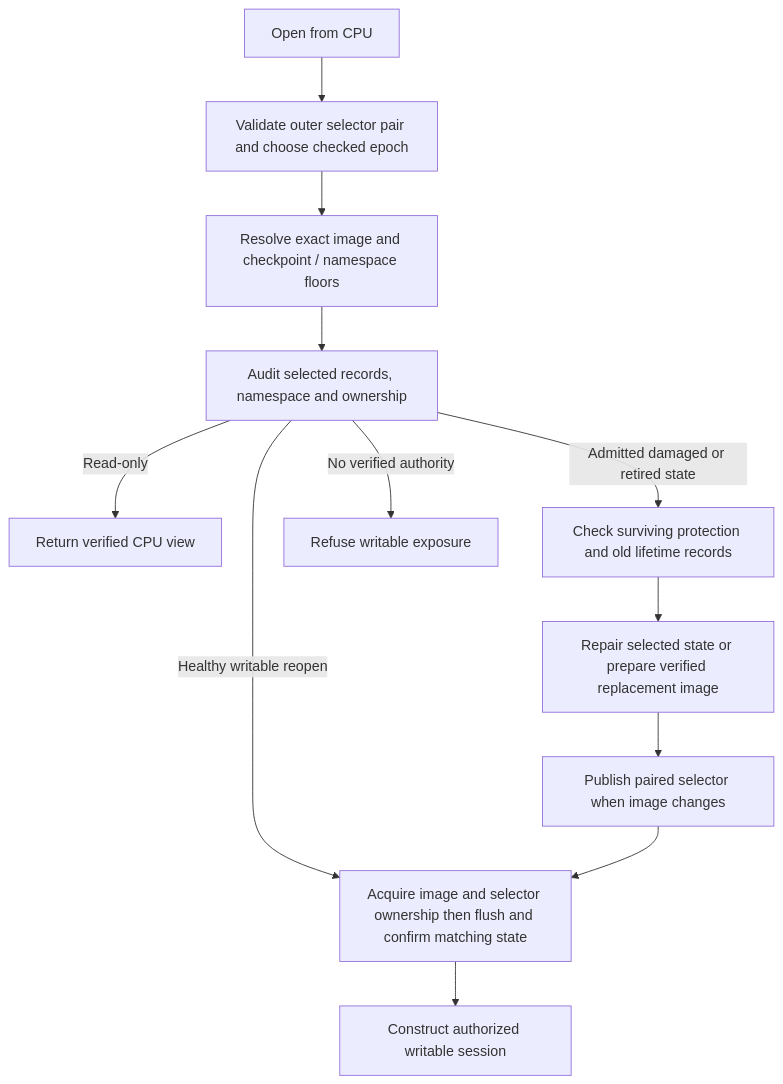
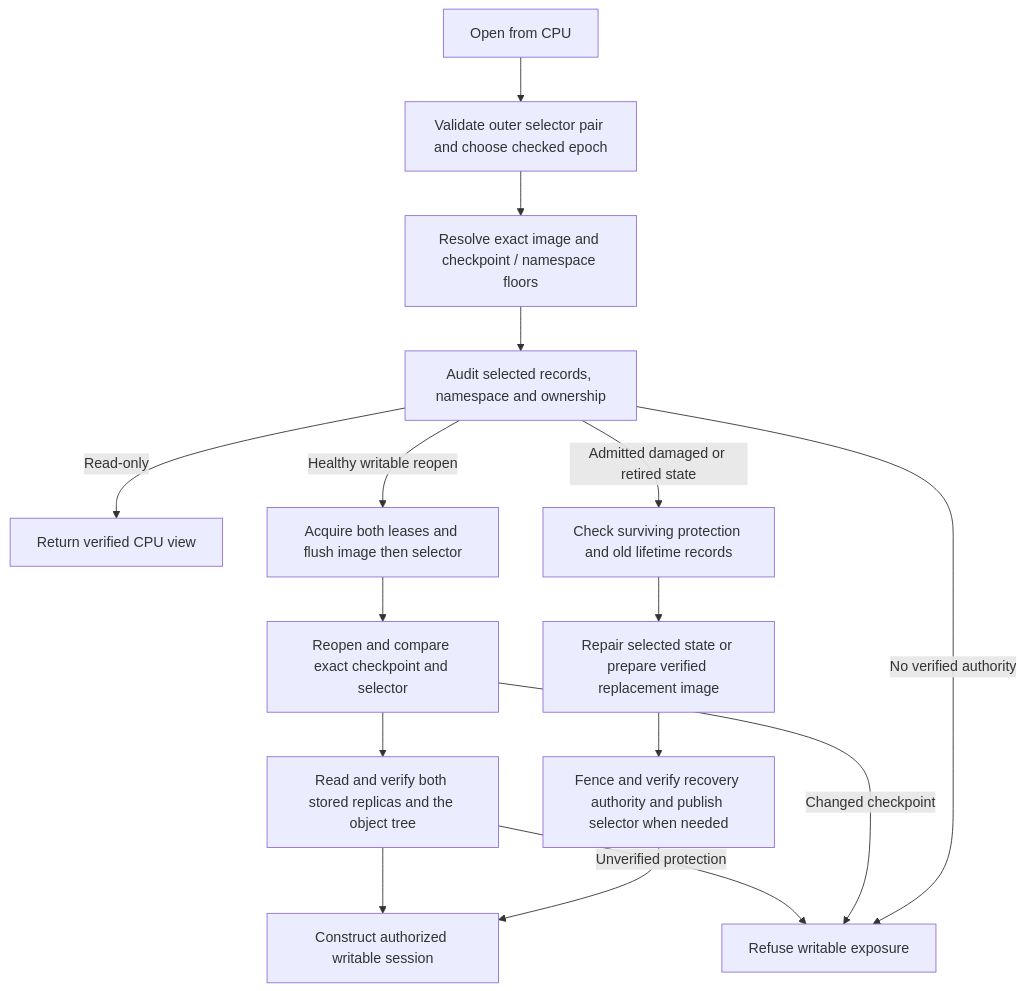
The seventh of 10 diagrams in docs/architecture/CURRENT.md (strmt7/FlitzFS), drawn with Mermaid before and after one commit. The commit also changed other lines of this file and 13 other files, not shown here.

First line of the commit message:
Reuse the decoded audit after indexed reopen fences

````diff
--- a/docs/architecture/CURRENT.md
+++ b/docs/architecture/CURRENT.md
@@ -239,14 +239,18 @@
 ```mermaid
 flowchart TD
     Open["Open from CPU"] --> Head["Validate outer selector pair and choose checked epoch"]
     Head --> Image["Resolve exact image and checkpoint / namespace floors"]
     Image --> Audit["Audit selected records, namespace and ownership"]
     Audit -->|Read-only| Reader["Return verified CPU view"]
-    Audit -->|Healthy writable reopen| Fence["Acquire image and selector ownership then flush and confirm matching state"]
+    Audit -->|Healthy writable reopen| Fence["Acquire both leases and flush image then selector"]
+    Fence --> Exact["Reopen and compare exact checkpoint and selector"]
+    Exact --> Mirrors["Read and verify both stored replicas and the object tree"]
+    Mirrors --> Ready["Construct authorized writable session"]
+    Mirrors -->|Unverified protection| Refusal["Refuse writable exposure"]
+    Exact -->|Changed checkpoint| Refusal
     Audit -->|Admitted damaged or retired state| Repair["Check surviving protection and old lifetime records"]
-    Audit -->|No verified authority| Refusal["Refuse writable exposure"]
+    Audit -->|No verified authority| Refusal
     Repair --> Candidate["Repair selected state or prepare verified replacement image"]
-    Candidate --> Publish["Publish paired selector when image changes"]
-    Publish --> Fence
-    Fence --> Ready["Construct authorized writable session"]
+    Candidate --> Publish["Fence and verify recovery authority and publish selector when needed"]
+    Publish --> Ready
 ```
````
